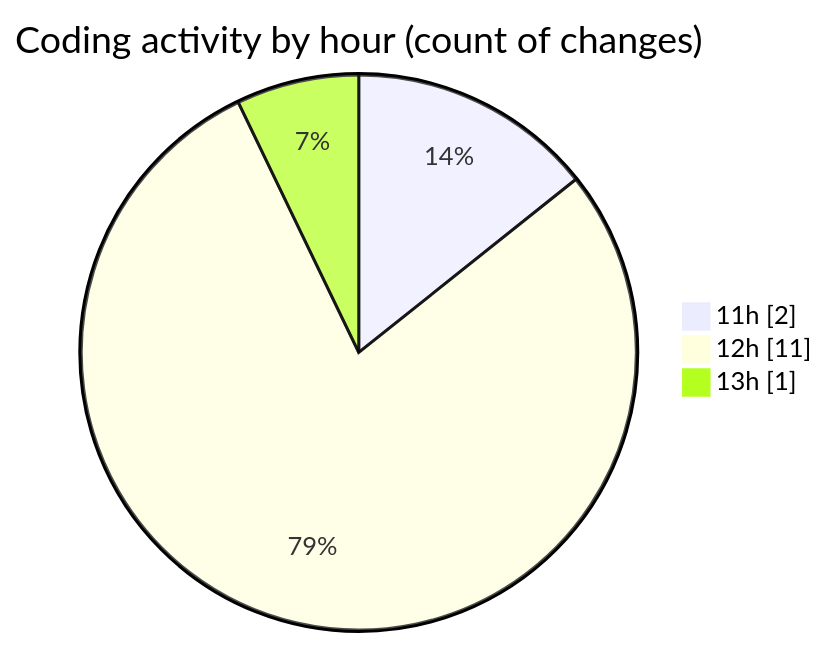
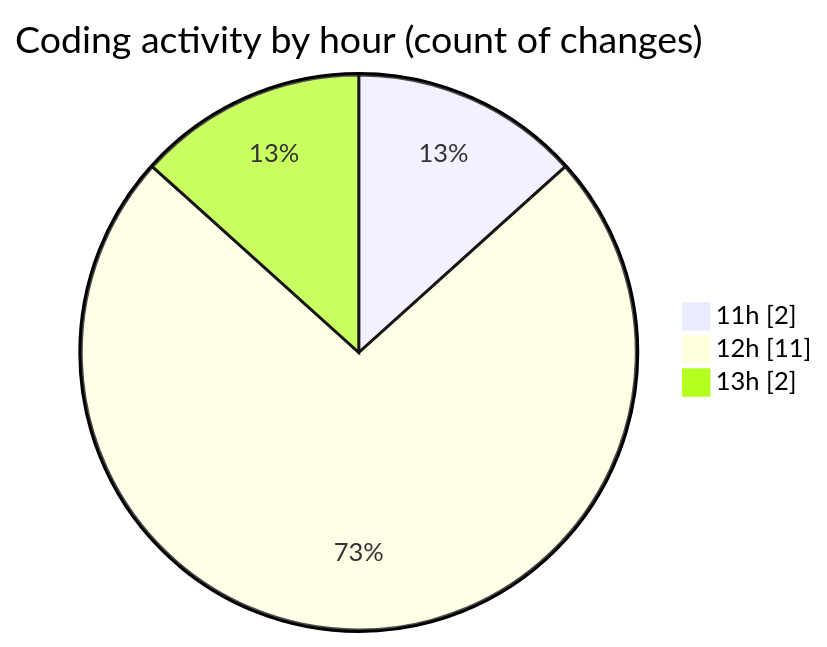
One commit to nxtqubesakshisongat/code-tracking changed the second of 2 diagrams in 2025-09-10/cashcalc/README.md. Above: the diagram before and after it, drawn with Mermaid. The commit also changed other lines of this file and 1 other file, not shown here.

````diff
--- a/2025-09-10/cashcalc/README.md
+++ b/2025-09-10/cashcalc/README.md
@@ -39,7 +40,7 @@
 ```mermaid
 pie showData
 title Coding activity by hour (count of changes)
 "11h" : 2
 "12h" : 11
-"13h" : 1
+"13h" : 2
 ```
````
